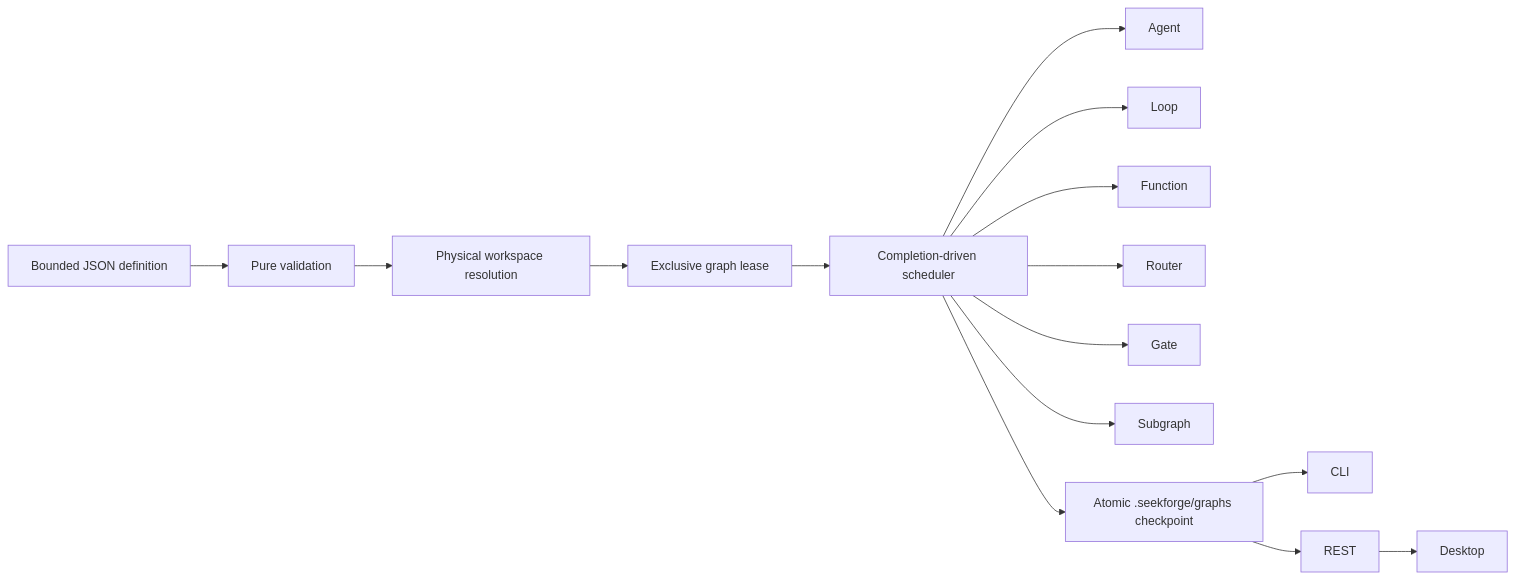
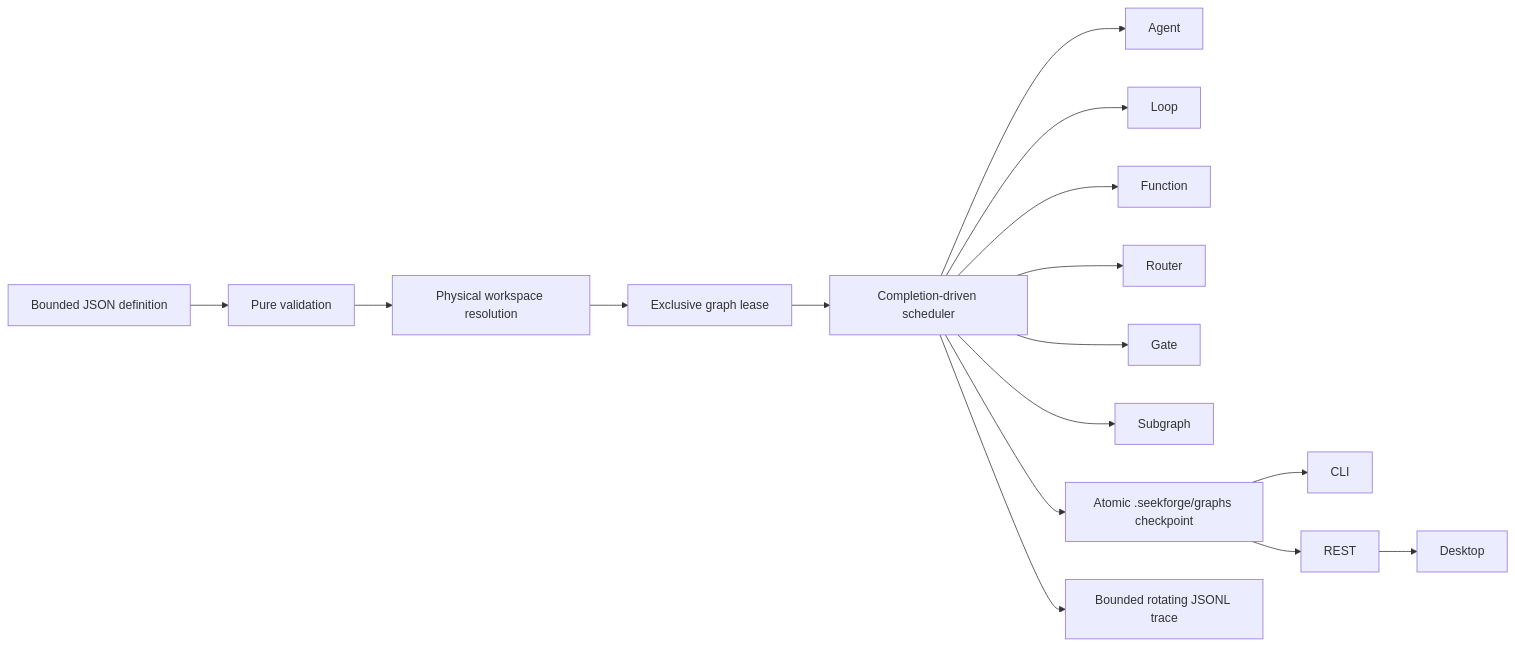
The diagram in docs/graph-engineering.md (eilyeee/seekforge), drawn with Mermaid before and after one commit. The commit also changed other lines of this file and 53 other files, not shown here.

Commit message:
feat: deepen loop and graph orchestration

````diff
--- a/docs/graph-engineering.md
+++ b/docs/graph-engineering.md
@@ -9,17 +9,18 @@
 ```mermaid
 flowchart LR
   Definition["Bounded JSON definition"] --> Validate["Pure validation"]
   Validate --> Resolve["Physical workspace resolution"]
   Resolve --> Lease["Exclusive graph lease"]
   Lease --> Scheduler["Completion-driven scheduler"]
   Scheduler --> Agent
   Scheduler --> Loop
   Scheduler --> Function
   Scheduler --> Router
   Scheduler --> Gate
   Scheduler --> Subgraph
   Scheduler --> State["Atomic .seekforge/graphs checkpoint"]
+  Scheduler --> Trace["Bounded rotating JSONL trace"]
   State --> CLI
   State --> REST
   REST --> Desktop
 ```
````
